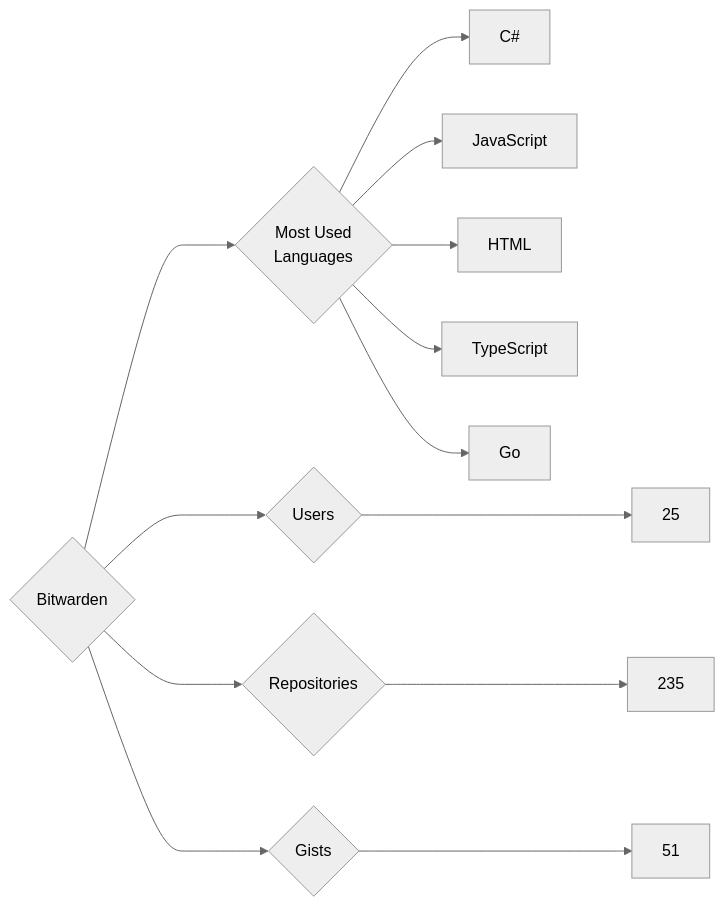
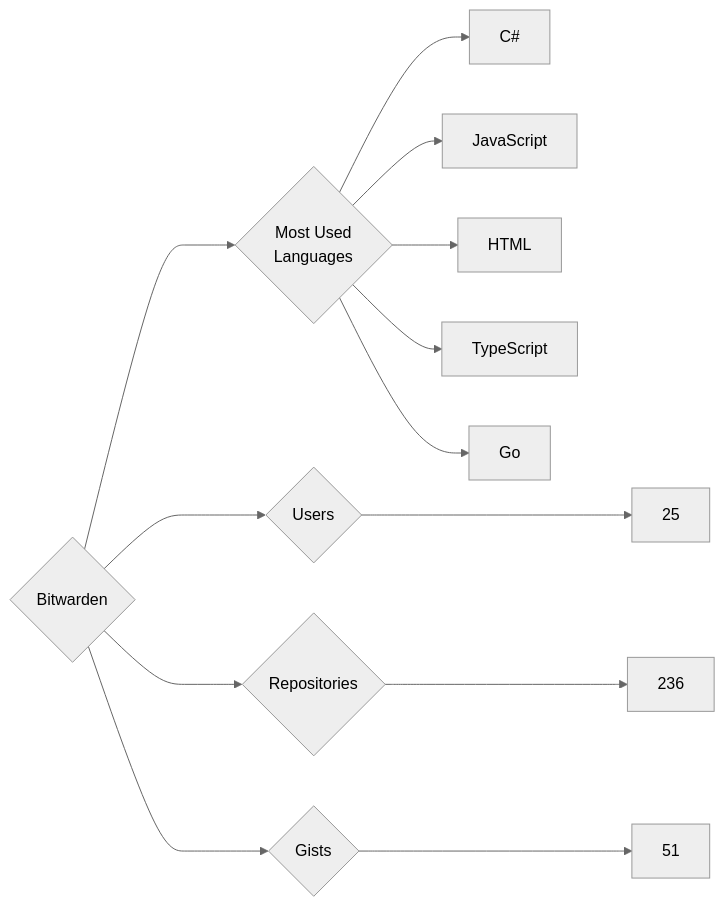
Before and after one commit to trickest/insiders: the diagram in targets/Bitwarden/README.md, drawn with Mermaid (neutral theme). The commit also changed 718 other files, not shown here.

````diff
--- a/targets/Bitwarden/README.md
+++ b/targets/Bitwarden/README.md
@@ -3,13 +3,13 @@
 ```mermaid
 graph LR
 COMPANY_NAME{Bitwarden}
 COMPANY_NAME ---> U{Users} ---> UN[25]
-COMPANY_NAME ---> R{Repositories} ---> RN[235]
+COMPANY_NAME ---> R{Repositories} ---> RN[236]
 COMPANY_NAME ---> G{Gists} ---> GN[51]
 COMPANY_NAME ---> ML{Most Used<br>Languages}
 ML --> C#[C#]
 ML --> JavaScript[JavaScript]
 ML --> HTML[HTML]
 ML --> TypeScript[TypeScript]
 ML --> Go[Go]
 ```
````
